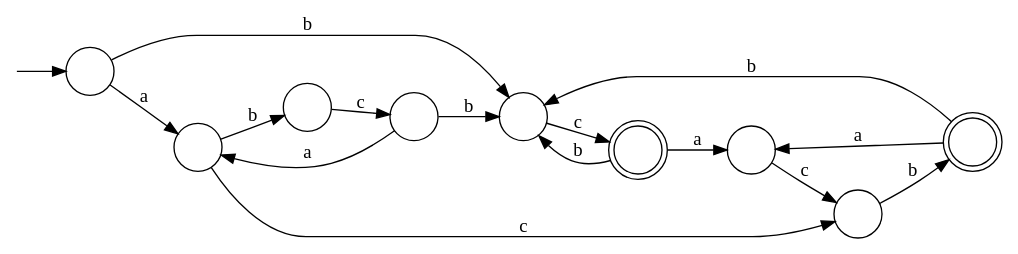
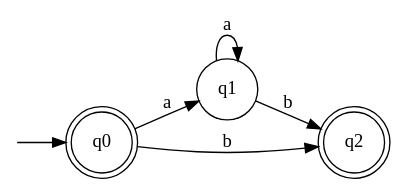
One commit to water-mizuu/finite_automata_conversion changed the diagram in dfa.dot. Above: the diagram before and after it, drawn with Graphviz. The commit also changed 11 other files, not shown here.

```diff
--- a/dfa.dot
+++ b/dfa.dot
@@ -1,28 +1,12 @@
 digraph G {
   rankdir=LR;
   n__ [label="" shape=none width=.0];
-  0 [shape=circle label=""];
-  1 [shape=circle label=""];
-  2 [shape=circle label=""];
-  3 [shape=circle label=""];
-  4 [shape=circle label=""];
-  5 [shape=doublecircle label=""];
-  6 [shape=circle label=""];
-  7 [shape=doublecircle label=""];
-  8 [shape=circle label=""];
+  0 [shape=doublecircle label="q0"]
+  1 [shape=circle label="q1"]
+  2 [shape=doublecircle label="q2"]
   n__ -> 0;
   0 -> 1 [label="a"];
   0 -> 2 [label="b"];
-  1 -> 3 [label="b"];
-  1 -> 4 [label="c"];
-  2 -> 5 [label="c"];
-  3 -> 6 [label="c"];
-  4 -> 7 [label="b"];
-  5 -> 8 [label="a"];
-  5 -> 2 [label="b"];
-  6 -> 1 [label="a"];
-  6 -> 2 [label="b"];
-  7 -> 8 [label="a"];
-  7 -> 2 [label="b"];
-  8 -> 4 [label="c"];
+  1 -> 1 [label="a"];
+  1 -> 2 [label="b"];
 }
```
